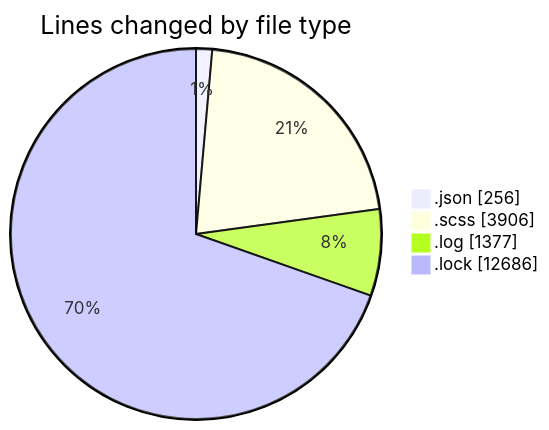
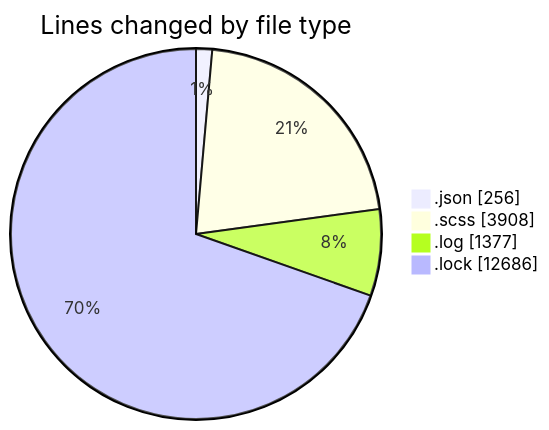
Before and after one commit to momahboobian/code-tracking: the first of 2 diagrams in 2026-01-22/cda/README.md, drawn with Mermaid. The commit also changed other lines of this file and 1 other file, not shown here.

````diff
--- a/2026-01-22/cda/README.md
+++ b/2026-01-22/cda/README.md
@@ -53,8 +53,8 @@
 ```mermaid
 pie showData
 title Lines changed by file type
 ".json" : 256
-".scss" : 3906
+".scss" : 3908
 ".log" : 1377
 ".lock" : 12686
 ```
````
